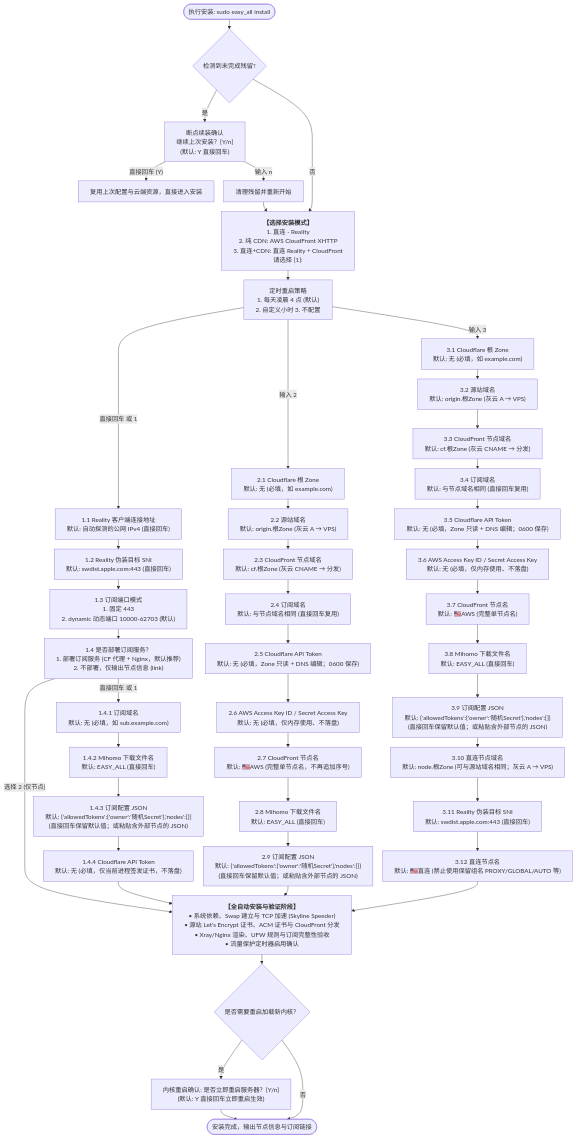
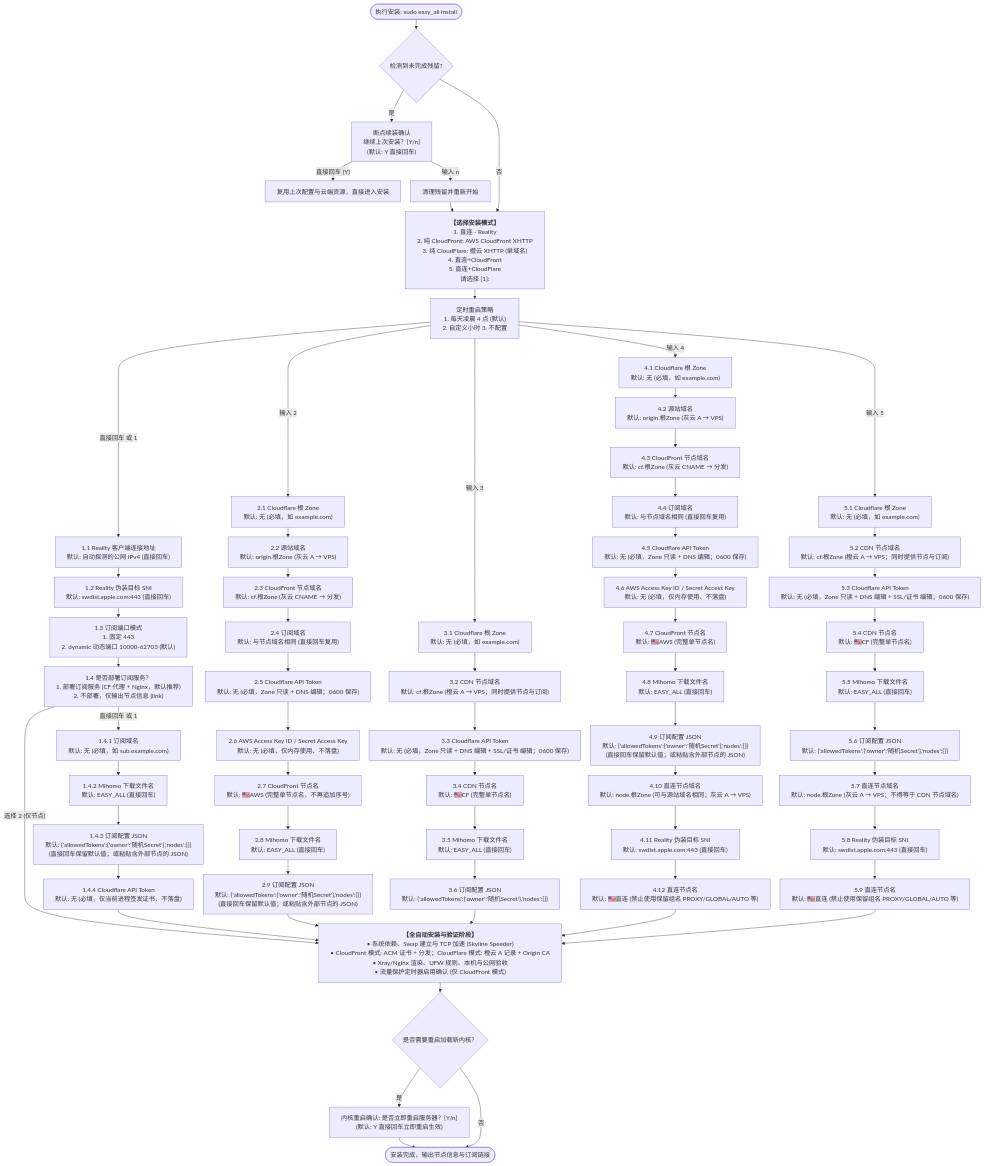
One commit to v2yiz/easy_all changed the diagram in README.md. Above: the diagram before and after it, drawn with Mermaid. The commit also changed other lines of this file and 23 other files, not shown here.

````diff
--- a/README.md
+++ b/README.md
@@ -109,61 +124,82 @@
 ```mermaid
 %%{init: {"flowchart": {"wrappingWidth": 600, "nodeSpacing": 25, "rankSpacing": 25}}}%%
 flowchart TD
     Start(["执行安装: sudo easy_all install"]) --> CheckResume{"检测到未完成残留?"}
 
     CheckResume -- 是 --> PromptResume["断点续装确认<br/>继续上次安装？[Y/n]<br/>(默认: Y 直接回车)"]
     CheckResume -- 否 --> ChooseMode
 
     PromptResume -- "直接回车 (Y)" --> ResumeRun["复用上次配置与云端资源，直接进入安装"]
     PromptResume -- "输入 n" --> CleanRedo["清理残留并重新开始"] --> ChooseMode
 
-    ChooseMode["<b>【选择安装模式】</b><br/>1. 直连 - Reality<br/>2. 纯 CDN: AWS CloudFront XHTTP<br/>3. 直连+CDN: 直连 Reality + CloudFront<br/>请选择 [1]:"]
+    ChooseMode["<b>【选择安装模式】</b><br/>1. 直连 - Reality<br/>2. 纯 CloudFront: AWS CloudFront XHTTP<br/>3. 纯 CloudFlare: 橙云 XHTTP (单域名)<br/>4. 直连+CloudFront<br/>5. 直连+CloudFlare<br/>请选择 [1]:"]
     ChooseMode --> RebootSchedule["定时重启策略<br/>1. 每天凌晨 4 点 (默认)<br/>2. 自定义小时 3. 不配置"]
 
     %% ---------------- 模式 1: Reality ----------------
     RebootSchedule -- "直接回车 或 1" --> M1_NodeHost["1.1 Reality 客户端连接地址<br/>默认: 自动探测的公网 IPv4 (直接回车)"]
     M1_NodeHost --> M1_Target["1.2 Reality 伪装目标 SNI<br/>默认: swdist.apple.com:443 (直接回车)"]
     M1_Target --> M1_PortMode["1.3 订阅端口模式<br/>1. 固定 443<br/>2. dynamic 动态端口 10000-62703 (默认)"]
     M1_PortMode --> M1_SubDeploy["1.4 是否部署订阅服务？<br/>1. 部署订阅服务 (CF 代理 + Nginx，默认推荐)<br/>2. 不部署，仅输出节点信息 (link)"]
 
     M1_SubDeploy -- "选择 2 (仅节点)" --> InstallPhase
     M1_SubDeploy -- "直接回车 或 1" --> M1_SubDomain["1.4.1 订阅域名<br/>默认: 无 (必填，如 sub.example.com)"]
     M1_SubDomain --> M1_SubFile["1.4.2 Mihomo 下载文件名<br/>默认: EASY_ALL (直接回车)"]
     M1_SubFile --> M1_SubJSON["1.4.3 订阅配置 JSON<br/>默认: {'allowedTokens':{'owner':'随机Secret'},'nodes':[]}<br/>(直接回车保留默认值；或粘贴含外部节点的 JSON)"]
     M1_SubJSON --> M1_CFToken["1.4.4 Cloudflare API Token<br/>默认: 无 (必填，仅当前进程签发证书，不落盘)"]
     M1_CFToken --> InstallPhase
 
-    %% ---------------- 模式 2: 纯 CDN（CloudFront） ----------------
+    %% ---------------- 模式 2: 纯 CloudFront ----------------
     RebootSchedule -- "输入 2" --> C2_Zone["2.1 Cloudflare 根 Zone<br/>默认: 无 (必填，如 example.com)"]
     C2_Zone --> C2_Origin["2.2 源站域名<br/>默认: origin.根Zone (灰云 A → VPS)"]
     C2_Origin --> C2_CFDom["2.3 CloudFront 节点域名<br/>默认: cf.根Zone (灰云 CNAME → 分发)"]
     C2_CFDom --> C2_SubDom["2.4 订阅域名<br/>默认: 与节点域名相同 (直接回车复用)"]
     C2_SubDom --> C2_CFToken["2.5 Cloudflare API Token<br/>默认: 无 (必填，Zone 只读 + DNS 编辑；0600 保存)"]
     C2_CFToken --> C2_AWSKey["2.6 AWS Access Key ID / Secret Access Key<br/>默认: 无 (必填，仅内存使用、不落盘)"]
     C2_AWSKey --> C2_NodeName["2.7 CloudFront 节点名<br/>默认: 🇺🇸AWS (完整单节点名，不再追加序号)"]
     C2_NodeName --> C2_SubFile["2.8 Mihomo 下载文件名<br/>默认: EASY_ALL (直接回车)"]
     C2_SubFile --> C2_SubJSON["2.9 订阅配置 JSON<br/>默认: {'allowedTokens':{'owner':'随机Secret'},'nodes':[]}<br/>(直接回车保留默认值；或粘贴含外部节点的 JSON)"]
     C2_SubJSON --> InstallPhase
 
-    %% ---------------- 模式 3: 直连+CDN ----------------
-    RebootSchedule -- "输入 3" --> M3_Zone["3.1 Cloudflare 根 Zone<br/>默认: 无 (必填，如 example.com)"]
-    M3_Zone --> M3_Origin["3.2 源站域名<br/>默认: origin.根Zone (灰云 A → VPS)"]
-    M3_Origin --> M3_CFDom["3.3 CloudFront 节点域名<br/>默认: cf.根Zone (灰云 CNAME → 分发)"]
-    M3_CFDom --> M3_SubDom["3.4 订阅域名<br/>默认: 与节点域名相同 (直接回车复用)"]
-    M3_SubDom --> M3_CFToken["3.5 Cloudflare API Token<br/>默认: 无 (必填，Zone 只读 + DNS 编辑；0600 保存)"]
-    M3_CFToken --> M3_AWSKey["3.6 AWS Access Key ID / Secret Access Key<br/>默认: 无 (必填，仅内存使用、不落盘)"]
-    M3_AWSKey --> M3_NodeName["3.7 CloudFront 节点名<br/>默认: 🇺🇸AWS (完整单节点名)"]
-    M3_NodeName --> M3_SubFile["3.8 Mihomo 下载文件名<br/>默认: EASY_ALL (直接回车)"]
-    M3_SubFile --> M3_SubJSON["3.9 订阅配置 JSON<br/>默认: {'allowedTokens':{'owner':'随机Secret'},'nodes':[]}<br/>(直接回车保留默认值；或粘贴含外部节点的 JSON)"]
-    M3_SubJSON --> M3_DirectDom["3.10 直连节点域名<br/>默认: node.根Zone (可与源站域名相同；灰云 A → VPS)"]
-    M3_DirectDom --> M3_Target["3.11 Reality 伪装目标 SNI<br/>默认: swdist.apple.com:443 (直接回车)"]
-    M3_Target --> M3_DirectName["3.12 直连节点名<br/>默认: 🇺🇸直连 (禁止使用保留组名 PROXY/GLOBAL/AUTO 等)"]
+    %% ---------------- 模式 3: 纯 CloudFlare（单域名） ----------------
+    RebootSchedule -- "输入 3" --> C3_Zone["3.1 Cloudflare 根 Zone<br/>默认: 无 (必填，如 example.com)"]
+    C3_Zone --> C3_Dom["3.2 CDN 节点域名<br/>默认: cf.根Zone (橙云 A → VPS；同时提供节点与订阅)"]
+    C3_Dom --> C3_CFToken["3.3 Cloudflare API Token<br/>默认: 无 (必填，Zone 只读 + DNS 编辑 + SSL/证书 编辑；0600 保存)"]
+    C3_CFToken --> C3_NodeName["3.4 CDN 节点名<br/>默认: 🇺🇸CF (完整单节点名)"]
+    C3_NodeName --> C3_SubFile["3.5 Mihomo 下载文件名<br/>默认: EASY_ALL (直接回车)"]
+    C3_SubFile --> C3_SubJSON["3.6 订阅配置 JSON<br/>默认: {'allowedTokens':{'owner':'随机Secret'},'nodes':[]}"]
+    C3_SubJSON --> InstallPhase
+
+    %% ---------------- 模式 4: 直连+CloudFront ----------------
+    RebootSchedule -- "输入 4" --> M3_Zone["4.1 Cloudflare 根 Zone<br/>默认: 无 (必填，如 example.com)"]
+    M3_Zone --> M3_Origin["4.2 源站域名<br/>默认: origin.根Zone (灰云 A → VPS)"]
+    M3_Origin --> M3_CFDom["4.3 CloudFront 节点域名<br/>默认: cf.根Zone (灰云 CNAME → 分发)"]
+    M3_CFDom --> M3_SubDom["4.4 订阅域名<br/>默认: 与节点域名相同 (直接回车复用)"]
+    M3_SubDom --> M3_CFToken["4.5 Cloudflare API Token<br/>默认: 无 (必填，Zone 只读 + DNS 编辑；0600 保存)"]
+    M3_CFToken --> M3_AWSKey["4.6 AWS Access Key ID / Secret Access Key<br/>默认: 无 (必填，仅内存使用、不落盘)"]
+    M3_AWSKey --> M3_NodeName["4.7 CloudFront 节点名<br/>默认: 🇺🇸AWS (完整单节点名)"]
+    M3_NodeName --> M3_SubFile["4.8 Mihomo 下载文件名<br/>默认: EASY_ALL (直接回车)"]
+    M3_SubFile --> M3_SubJSON["4.9 订阅配置 JSON<br/>默认: {'allowedTokens':{'owner':'随机Secret'},'nodes':[]}<br/>(直接回车保留默认值；或粘贴含外部节点的 JSON)"]
+    M3_SubJSON --> M3_DirectDom["4.10 直连节点域名<br/>默认: node.根Zone (可与源站域名相同；灰云 A → VPS)"]
+    M3_DirectDom --> M3_Target["4.11 Reality 伪装目标 SNI<br/>默认: swdist.apple.com:443 (直接回车)"]
+    M3_Target --> M3_DirectName["4.12 直连节点名<br/>默认: 🇺🇸直连 (禁止使用保留组名 PROXY/GLOBAL/AUTO 等)"]
     M3_DirectName --> InstallPhase
+    %% ---------------- 模式 5: 直连+CloudFlare ----------------
+    RebootSchedule -- "输入 5" --> M5_Zone["5.1 Cloudflare 根 Zone<br/>默认: 无 (必填，如 example.com)"]
+    M5_Zone --> M5_Dom["5.2 CDN 节点域名<br/>默认: cf.根Zone (橙云 A → VPS；同时提供节点与订阅)"]
+    M5_Dom --> M5_CFToken["5.3 Cloudflare API Token<br/>默认: 无 (必填，Zone 只读 + DNS 编辑 + SSL/证书 编辑；0600 保存)"]
+    M5_CFToken --> M5_NodeName["5.4 CDN 节点名<br/>默认: 🇺🇸CF (完整单节点名)"]
+    M5_NodeName --> M5_SubFile["5.5 Mihomo 下载文件名<br/>默认: EASY_ALL (直接回车)"]
+    M5_SubFile --> M5_SubJSON["5.6 订阅配置 JSON<br/>默认: {'allowedTokens':{'owner':'随机Secret'},'nodes':[]}"]
+    M5_SubJSON --> M5_DirectDom["5.7 直连节点域名<br/>默认: node.根Zone (灰云 A → VPS；不得等于 CDN 节点域名)"]
+    M5_DirectDom --> M5_Target["5.8 Reality 伪装目标 SNI<br/>默认: swdist.apple.com:443 (直接回车)"]
+    M5_Target --> M5_DirectName["5.9 直连节点名<br/>默认: 🇺🇸直连 (禁止使用保留组名 PROXY/GLOBAL/AUTO 等)"]
+    M5_DirectName --> InstallPhase
+
 
     %% ---------------- 通用安装执行与收尾 ----------------
-    InstallPhase["<b>【全自动安装与验证阶段】</b><br/>• 系统依赖、Swap 建立与 TCP 加速 (Skyline Speeder)<br/>• 源站 Let's Encrypt 证书、ACM 证书与 CloudFront 分发<br/>• Xray/Nginx 渲染、UFW 规则与订阅完整性验收<br/>• 流量保护定时器启用确认"] --> RebootCheck{"是否需要重启加载新内核？"}
+    InstallPhase["<b>【全自动安装与验证阶段】</b><br/>• 系统依赖、Swap 建立与 TCP 加速 (Skyline Speeder)<br/>• CloudFront 模式: ACM 证书 + 分发；CloudFlare 模式: 橙云 A 记录 + Origin CA<br/>• Xray/Nginx 渲染、UFW 规则、本机与公网验收<br/>• 流量保护定时器启用确认 (仅 CloudFront 模式)"] --> RebootCheck{"是否需要重启加载新内核？"}
 
     RebootCheck -- 是 --> PromptReboot["内核重启确认: 是否立即重启服务器？[Y/n]<br/>(默认: Y 直接回车立即重启生效)"]
     RebootCheck -- 否 --> Done(["安装完成，输出节点信息与订阅链接"])
     PromptReboot --> Done
 ```
````
